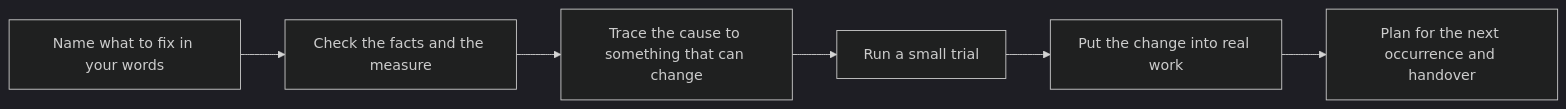
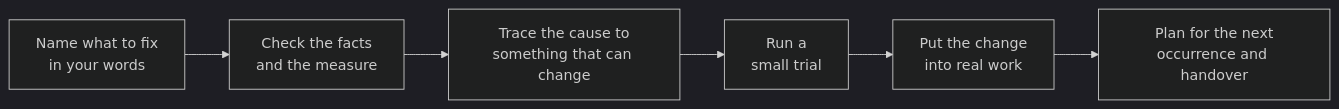
One commit to lucyleeai/stop-firefighting changed the diagram in README.md. Above: the diagram before and after it, drawn with Mermaid (dark theme).

Commit message:
README: multi-line flow diagram

````diff
--- a/README.md
+++ b/README.md
@@ -32,3 +32,8 @@
 ```mermaid
-flowchart LR; A[Name what to fix in your words] --> B[Check the facts and the measure] --> C[Trace the cause to something that can change] --> D[Run a small trial] --> E[Put the change into real work] --> F[Plan for the next occurrence and handover]
+flowchart LR
+    A[Name what to fix<br/>in your words] --> B[Check the facts<br/>and the measure]
+    B --> C[Trace the cause to<br/>something that can change]
+    C --> D[Run a<br/>small trial]
+    D --> E[Put the change<br/>into real work]
+    E --> F[Plan for the next<br/>occurrence and handover]
 ```
````
